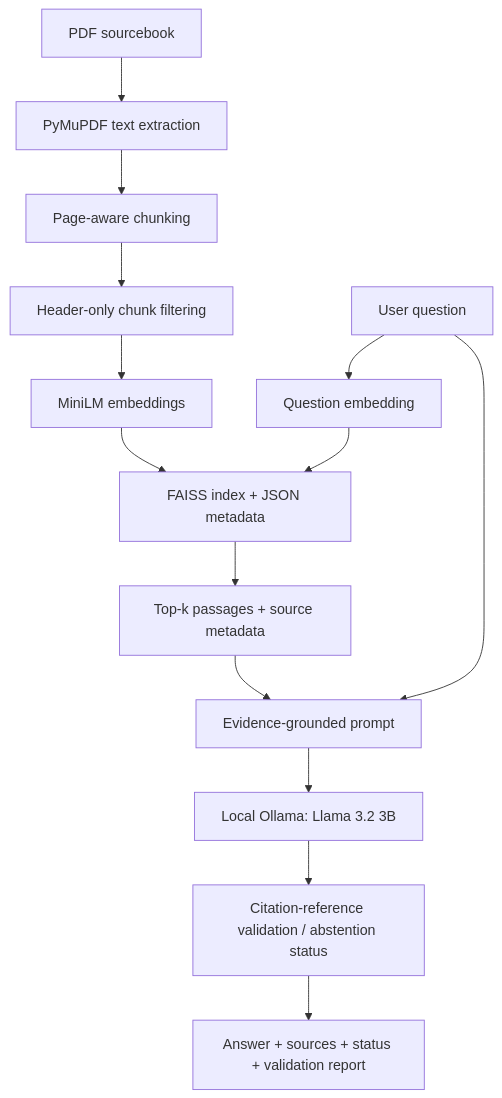
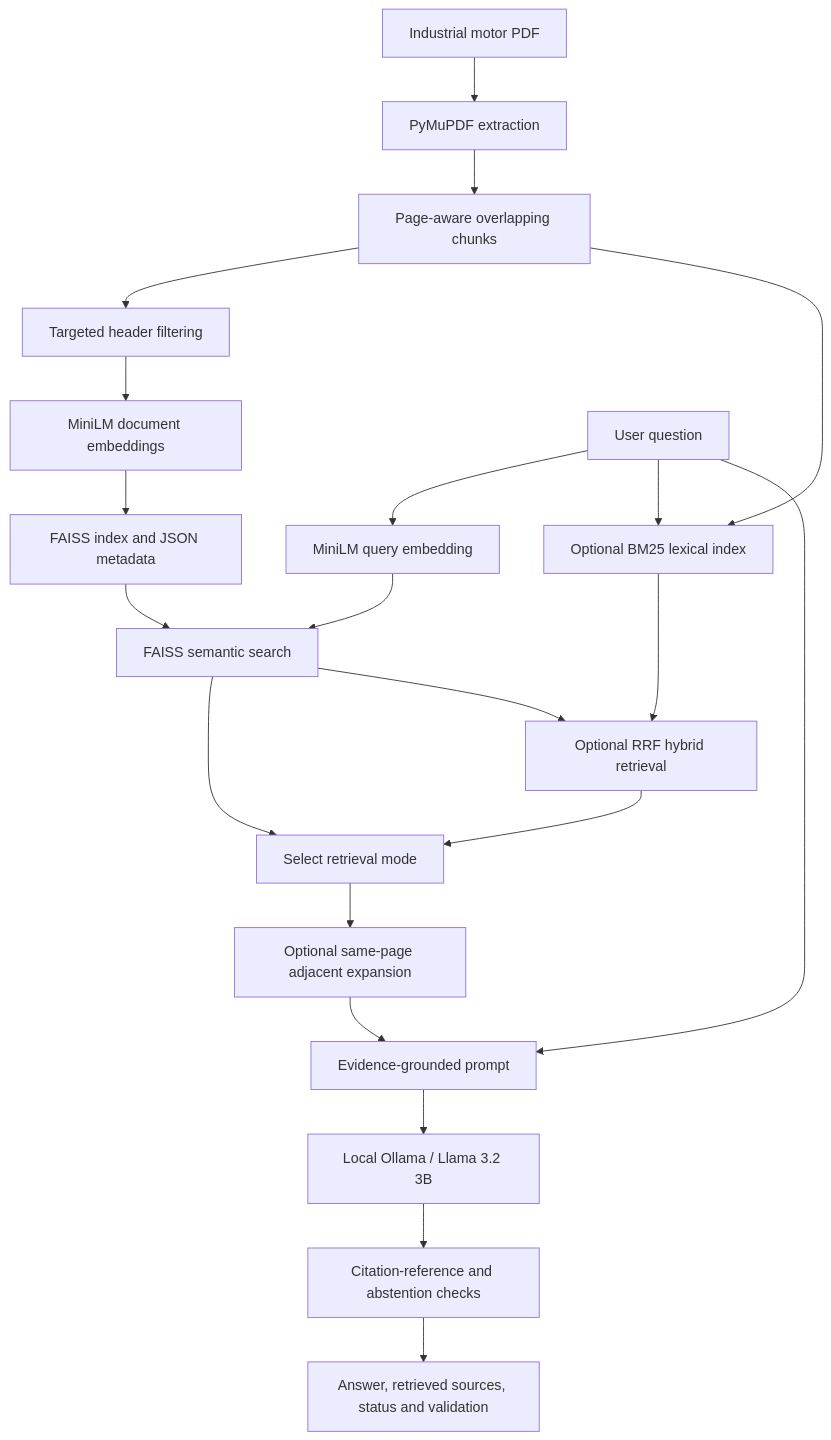
One commit to CodeByHer0407/industrial-knowledge-rag changed the diagram in README.md. Above: the diagram before and after it, drawn with Mermaid. The commit also changed other lines of this file and 1 other file, not shown here.

Commit message:
git commit -m "Document final RAG evaluation results and limitations"

````diff
--- a/README.md
+++ b/README.md
@@ -21,16 +45,24 @@
 ```mermaid
 flowchart TD
-    PDF[PDF sourcebook] --> Extract[PyMuPDF text extraction]
-    Extract --> Chunk[Page-aware chunking]
-    Chunk --> Filter[Header-only chunk filtering]
-    Filter --> Embed[MiniLM embeddings]
-    Embed --> Index[FAISS index + JSON metadata]
-    Question[User question] --> QueryEmbed[Question embedding]
-    QueryEmbed --> Index
-    Index --> Retrieve[Top-k passages + source metadata]
-    Retrieve --> Prompt[Evidence-grounded prompt]
+    PDF[Industrial motor PDF] --> Extract[PyMuPDF extraction]
+    Extract --> Chunk[Page-aware overlapping chunks]
+    Chunk --> Filter[Targeted header filtering]
+    Filter --> Embed[MiniLM document embeddings]
+    Embed --> Store[FAISS index and JSON metadata]
+
+    Question[User question] --> QueryEmbed[MiniLM query embedding]
+    QueryEmbed --> Faiss[FAISS semantic search]
+    Store --> Faiss
+    Chunk --> BM25[Optional BM25 lexical index]
+    Question --> BM25
+    Faiss --> Select[Select retrieval mode]
+    BM25 --> Hybrid[Optional RRF hybrid retrieval]
+    Faiss --> Hybrid
+    Hybrid --> Select
+    Select --> Expand[Optional same-page adjacent expansion]
+    Expand --> Prompt[Evidence-grounded prompt]
     Question --> Prompt
-    Prompt --> LLM[Local Ollama: Llama 3.2 3B]
-    LLM --> Validate[Citation-reference validation / abstention status]
-    Validate --> Output[Answer + sources + status + validation report]
+    Prompt --> Ollama[Local Ollama / Llama 3.2 3B]
+    Ollama --> Check[Citation-reference and abstention checks]
+    Check --> Answer[Answer, retrieved sources, status and validation]
 ```
````
